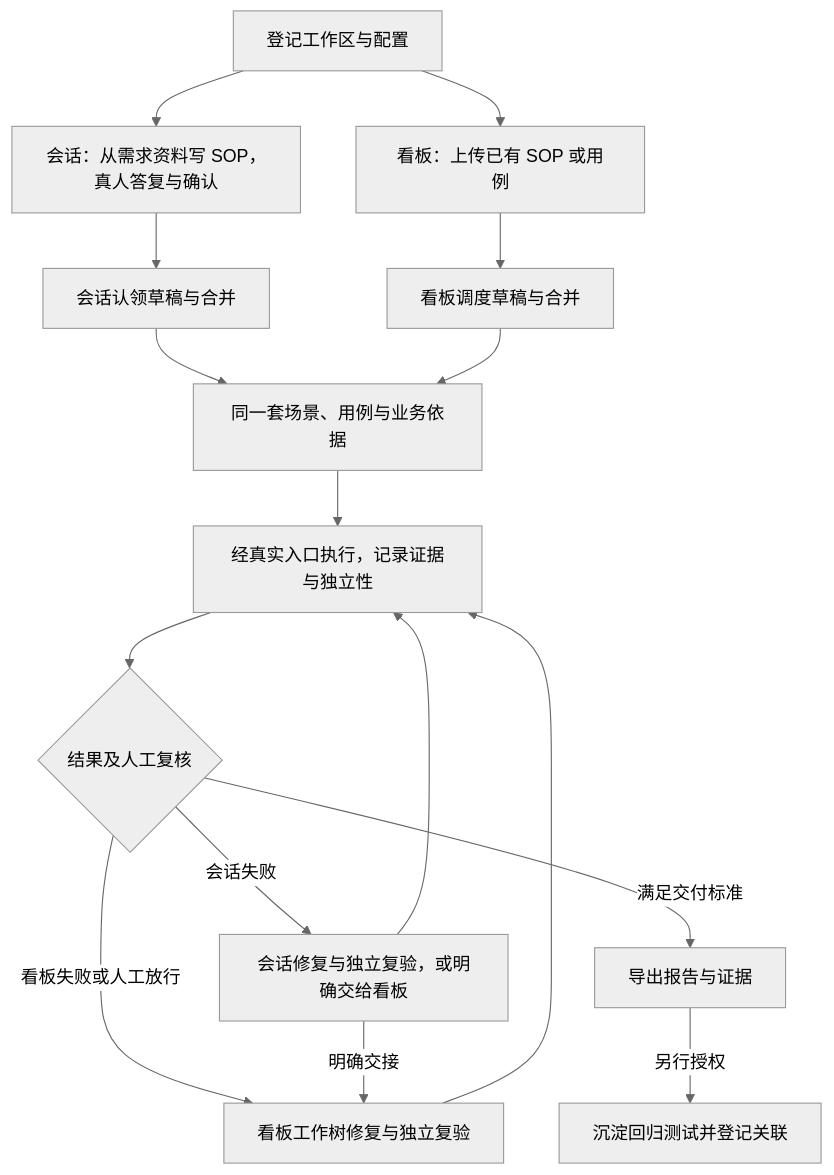
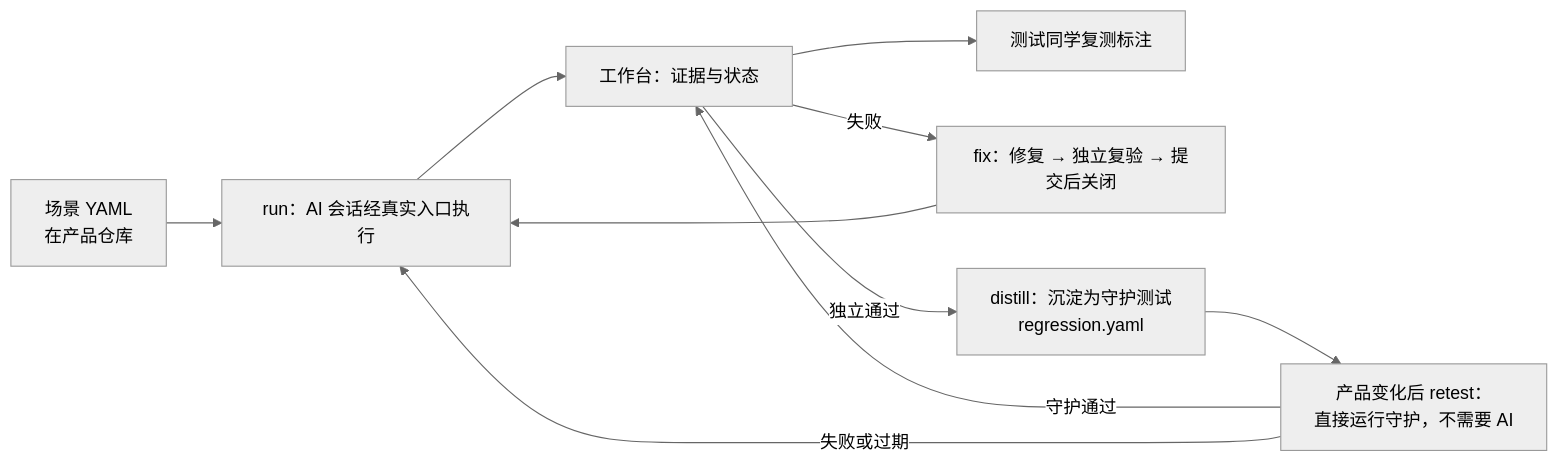
Before and after one commit to AdolphKevin/sop-board: the diagram in README.md, drawn with Mermaid (neutral theme). The commit also changed other lines of this file and 55 other files, not shown here.

````diff
--- a/README.md
+++ b/README.md
@@ -83,18 +9,12 @@
 ```mermaid
-flowchart TD
-    A[登记工作区与配置] --> B[看板：上传已有 SOP 或用例]
-    A --> C[会话：从需求资料写 SOP，真人答复与确认]
-    C --> D[会话认领草稿与合并]
-    B --> E[看板调度草稿与合并]
-    D --> F[同一套场景、用例与业务依据]
-    E --> F
-    F --> G[经真实入口执行，记录证据与独立性]
-    G --> H{结果及人工复核}
-    H -->|看板失败或人工放行| I[看板工作树修复与独立复验]
-    H -->|会话失败| J[会话修复与独立复验，或明确交给看板]
-    J -->|明确交接| I
-    I --> G
-    J --> G
-    H -->|满足交付标准| K[导出报告与证据]
-    K -->|另行授权| L[沉淀回归测试并登记关联]
+flowchart LR
+    S[场景 YAML<br/>在产品仓库] --> R[run：AI 会话经真实入口执行]
+    R --> B[工作台：证据与状态]
+    B --> T[测试同学复测标注]
+    B -->|失败| F[fix：修复 → 独立复验 → 提交后关闭]
+    F --> R
+    B -->|独立通过| D[distill：沉淀为守护测试<br/>regression.yaml]
+    D --> G[产品变化后 retest：<br/>直接运行守护，不需要 AI]
+    G -->|守护通过| B
+    G -->|失败或过期| R
 ```
````
